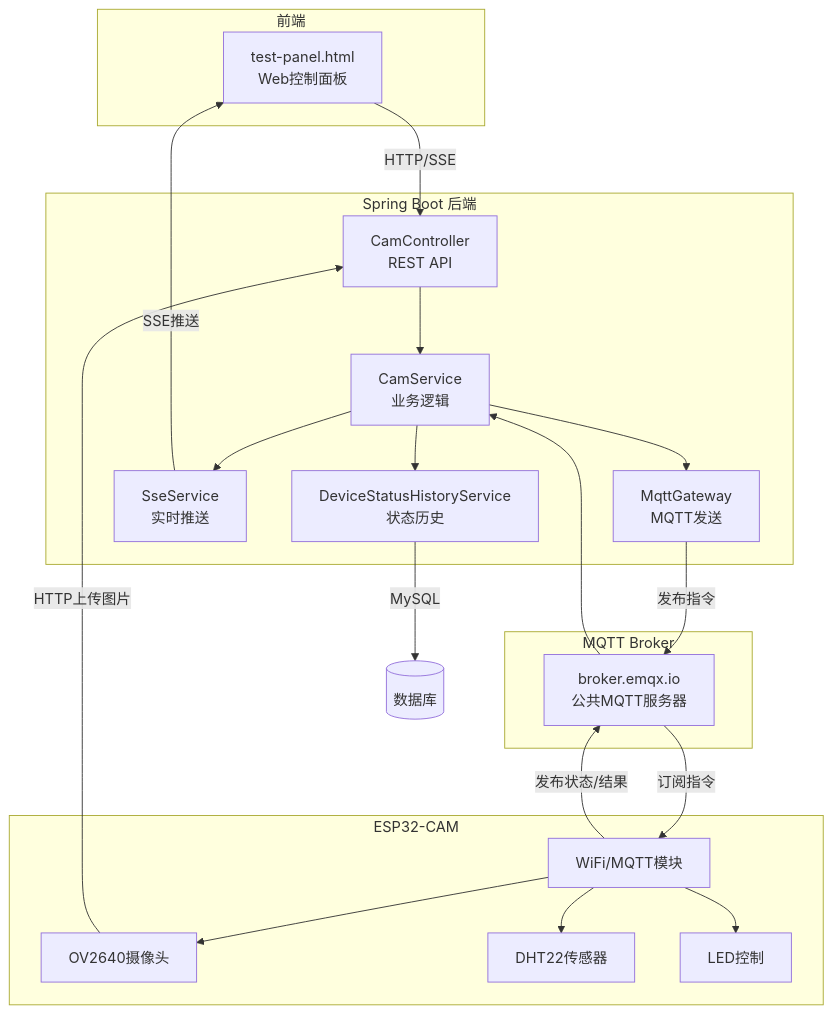
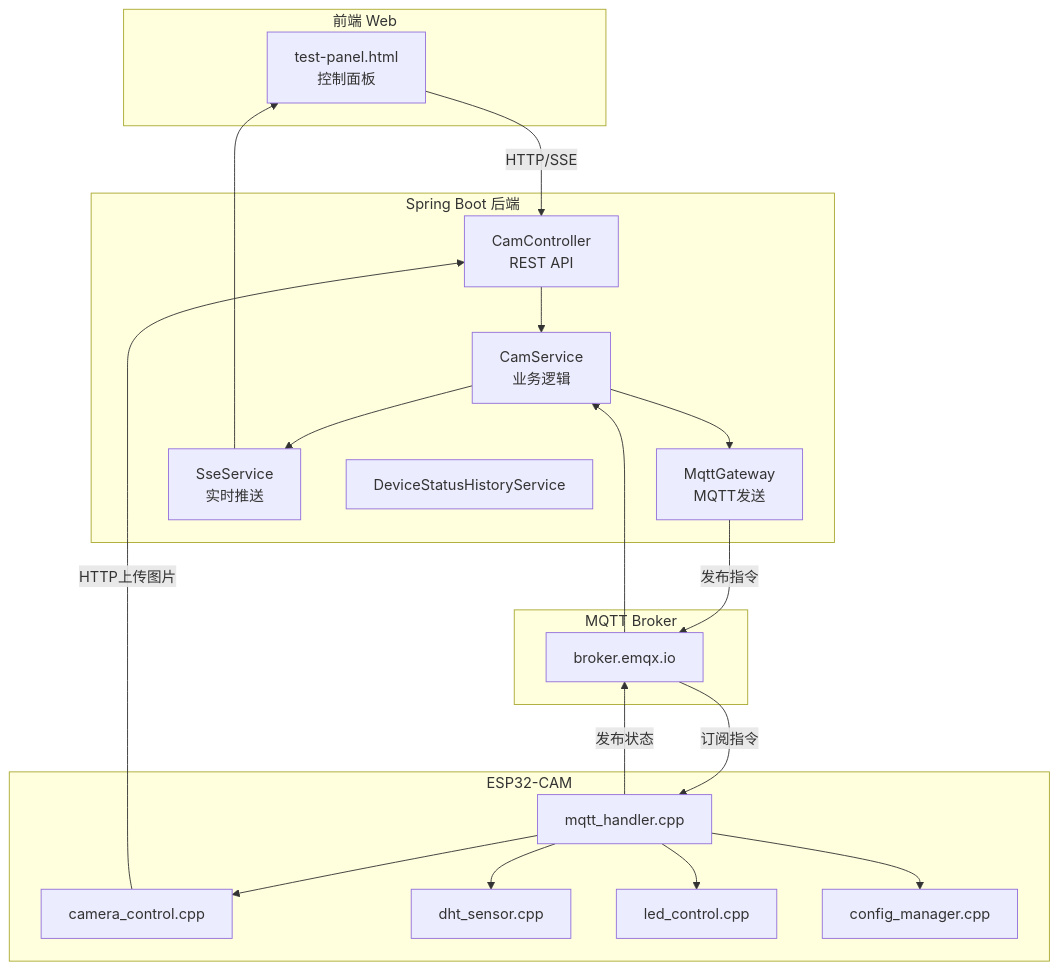
The diagram in README.md (AAZl3l4/IOT-ESP32CAM), drawn with Mermaid before and after one commit. The commit also changed other lines of this file and 13 other files, not shown here.

````diff
--- a/README.md
+++ b/README.md
@@ -60,35 +116,34 @@
 ```mermaid
 graph TB
-    subgraph "前端"
-        A[test-panel.html<br/>Web控制面板]
+    subgraph "前端 Web"
+        A[test-panel.html<br/>控制面板]
     end
     
     subgraph "Spring Boot 后端"
         B[CamController<br/>REST API]
         C[CamService<br/>业务逻辑]
         D[MqttGateway<br/>MQTT发送]
         E[SseService<br/>实时推送]
-        F[DeviceStatusHistoryService<br/>状态历史]
+        F[DeviceStatusHistoryService]
     end
     
     subgraph "MQTT Broker"
-        G[broker.emqx.io<br/>公共MQTT服务器]
+        G[broker.emqx.io]
     end
     
     subgraph "ESP32-CAM"
-        H[WiFi/MQTT模块]
-        I[OV2640摄像头]
-        J[DHT22传感器]
-        K[LED控制]
+        H[mqtt_handler.cpp]
+        I[camera_control.cpp]
+        J[dht_sensor.cpp]
+        K[led_control.cpp]
+        L[config_manager.cpp]
     end
     
     A -->|HTTP/SSE| B
     B --> C --> D
     D -->|发布指令| G
     G -->|订阅指令| H
-    H --> I & J & K
+    H --> I & J & K & L
     I -->|HTTP上传图片| B
-    H -->|发布状态/结果| G
-    G --> C --> E -->|SSE推送| A
-    C --> F -->|MySQL| DB[(数据库)]
+    H -->|发布状态| G --> C --> E --> A
 ```
````
